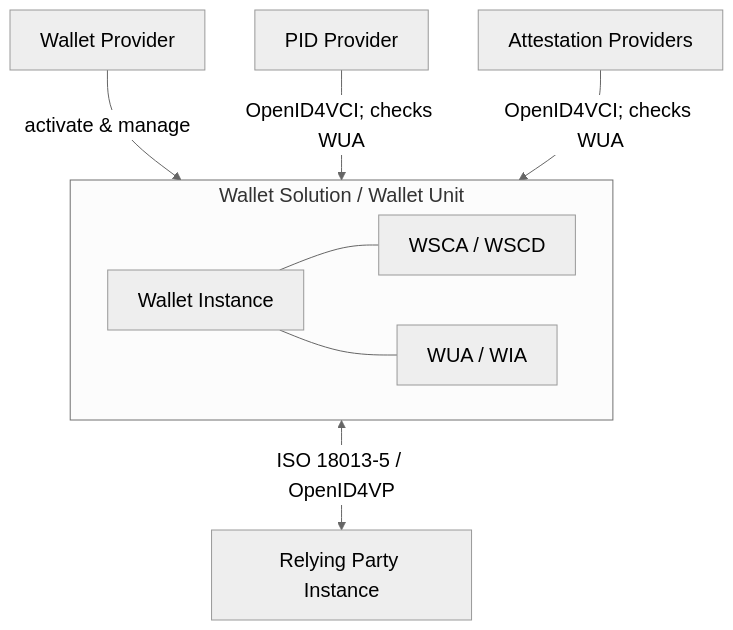
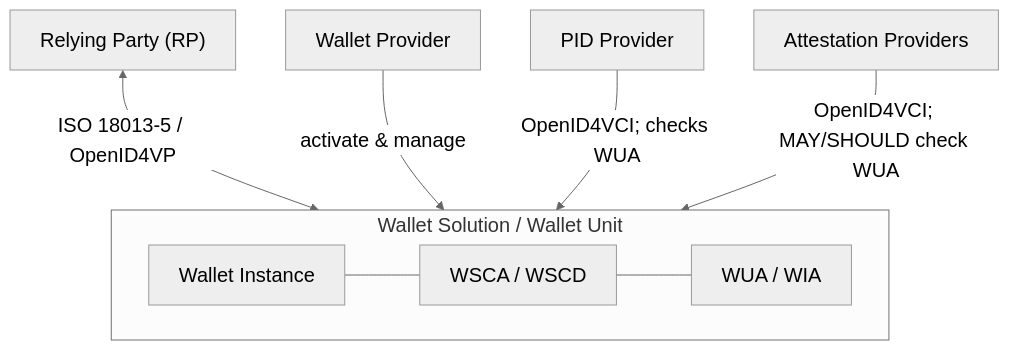
The diagram in trust-management-eudi-wallet/diagrams/d02-wallet-unit.mmd (peppelinux/Wallet-Presentations), drawn with Mermaid before and after one commit. The commit also changed 7 other files, not shown here.

```diff
--- a/trust-management-eudi-wallet/diagrams/d02-wallet-unit.mmd
+++ b/trust-management-eudi-wallet/diagrams/d02-wallet-unit.mmd
@@ -1,13 +1,16 @@
 %%{init: {'theme': 'neutral', 'themeVariables': { 'fontSize': '20px'}}}%%
 flowchart TB
+  RPI["Relying Party (RP)"]
+
   subgraph WS["Wallet Solution / Wallet Unit"]
+    direction LR
     WI[Wallet Instance]
     WSC[WSCA / WSCD]
     WUA[WUA / WIA]
-    WI --- WSC
-    WI --- WUA
+    WI --- WSC --- WUA
   end
+
+  RPI <-->|ISO 18013-5 / OpenID4VP| WS
   WProv[Wallet Provider] -->|activate & manage| WS
   PID[PID Provider] -->|OpenID4VCI; checks WUA| WS
-  ATT[Attestation Providers] -->|OpenID4VCI; checks WUA| WS
-  WS <-->|ISO 18013-5 / OpenID4VP| RPI[Relying Party Instance]
+  ATT[Attestation Providers] -->|OpenID4VCI; MAY/SHOULD check WUA| WS
```
